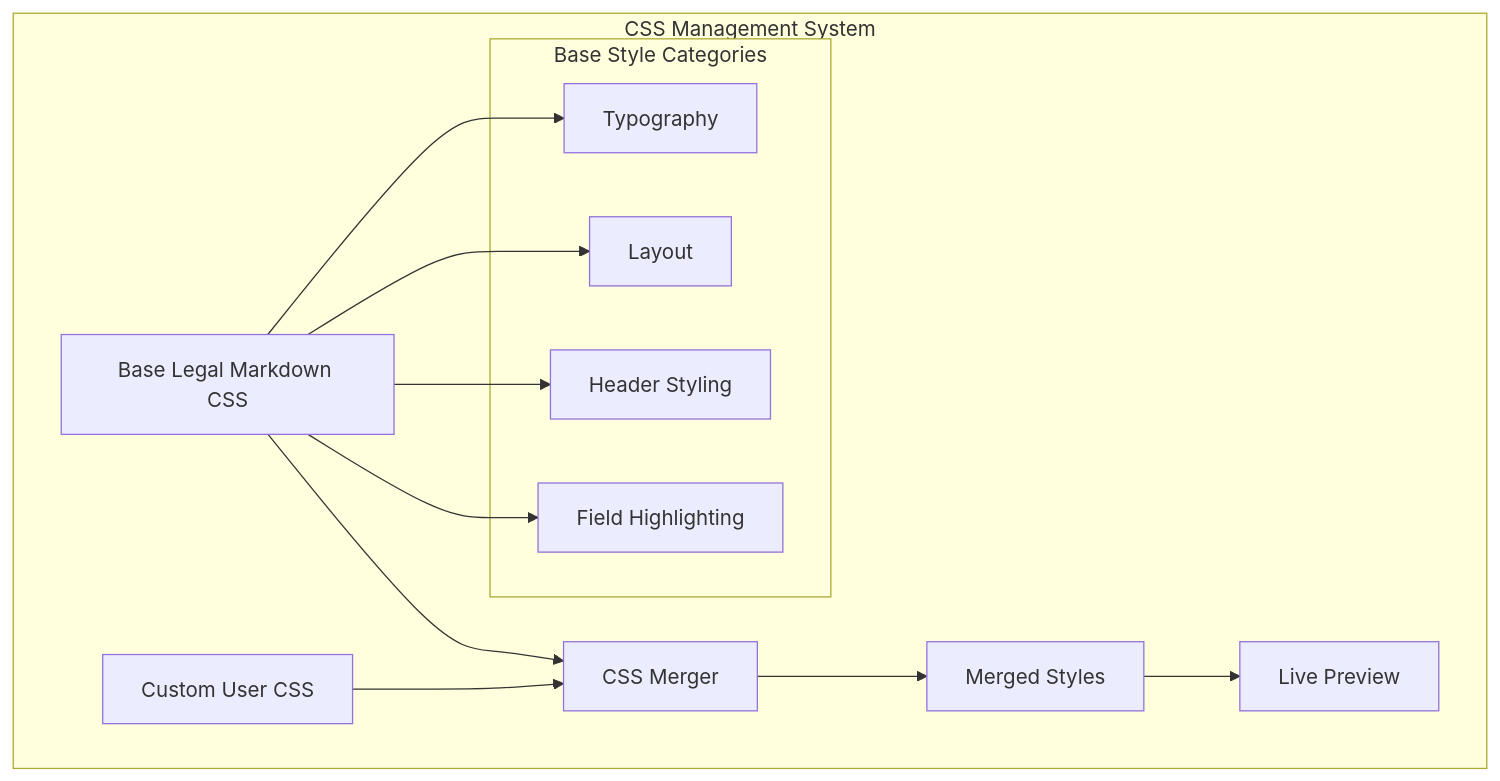
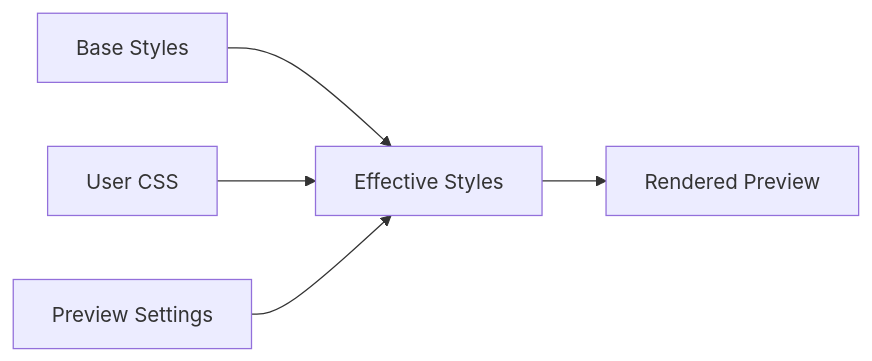
Before and after one commit to petalo/legal-markdown-js: the third of 3 diagrams in docs/architecture/06_web_interface.md, drawn with Mermaid. The commit also changed other lines of this file and 56 other files, not shown here.

````diff
--- a/docs/architecture/06_web_interface.md
+++ b/docs/architecture/06_web_interface.md
@@ -110,25 +82,13 @@
 ```mermaid
-graph TB
-    subgraph "CSS Management System"
-        BASE_CSS[Base Legal Markdown CSS]
-        CUSTOM_CSS[Custom User CSS]
-        MERGED_CSS[Merged Styles]
+graph LR
+    BASE[Base Styles]
+    CUSTOM[User CSS]
+    SETTINGS[Preview Settings]
+    MERGED[Effective Styles]
+    PREVIEW[Rendered Preview]
 
-        BASE_CSS --> MERGER[CSS Merger]
-        CUSTOM_CSS --> MERGER
-        MERGER --> MERGED_CSS
-        MERGED_CSS --> PREVIEW[Live Preview]
-
-        subgraph "Base Style Categories"
-            TYPOGRAPHY[Typography]
-            LAYOUT[Layout]
-            HEADERS[Header Styling]
-            FIELDS[Field Highlighting]
-        end
-
-        BASE_CSS --> TYPOGRAPHY
-        BASE_CSS --> LAYOUT
-        BASE_CSS --> HEADERS
-        BASE_CSS --> FIELDS
-    end
+    BASE --> MERGED
+    CUSTOM --> MERGED
+    SETTINGS --> MERGED
+    MERGED --> PREVIEW
 ```
````
